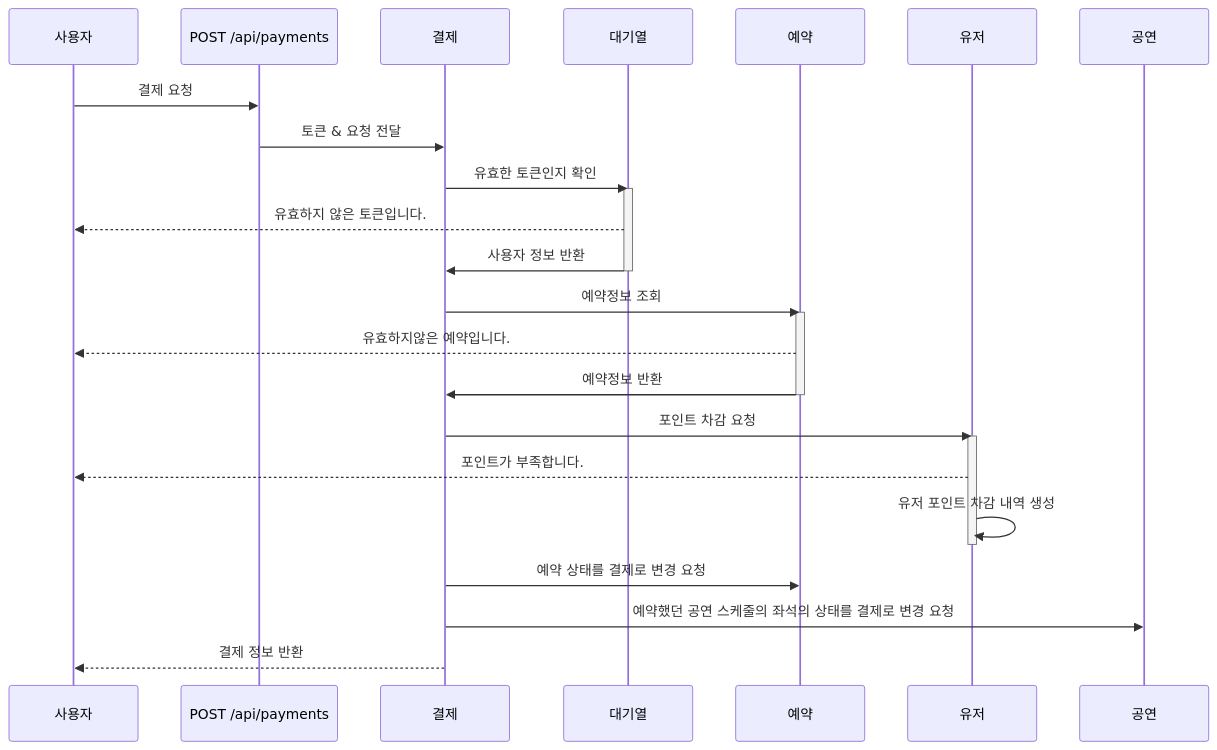
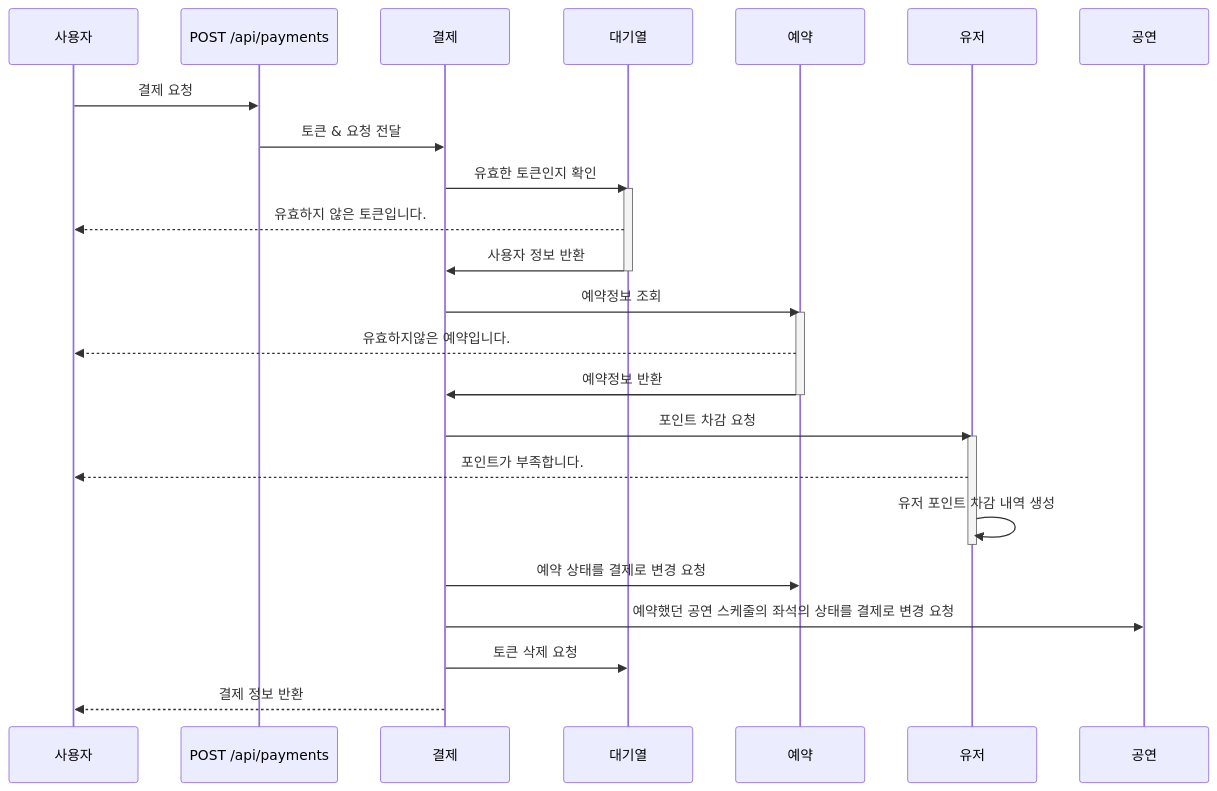
Before and after one commit to Ksanbal/Concert-Reservation-API: the ninth of 13 diagrams in README.md, drawn with Mermaid. The commit also changed other lines of this file, not shown here.

First line of the commit message:
:books:Docs: 목차 & ERD 업데이트

````diff
--- a/README.md
+++ b/README.md
@@ -192,30 +181,31 @@
 ```mermaid
 sequenceDiagram
 
 
 사용자 ->> POST /api/payments: 결제 요청
 POST /api/payments ->> 결제: 토큰 & 요청 전달
 
 결제 ->> 대기열: 유효한 토큰인지 확인
 activate 대기열
 대기열 -->> 사용자: 유효하지 않은 토큰입니다.
 대기열 ->> 결제: 사용자 정보 반환
 deactivate 대기열
 
 결제 ->> 예약: 예약정보 조회
 activate 예약
 예약 -->> 사용자: 유효하지않은 예약입니다.
 예약 ->> 결제: 예약정보 반환
 deactivate 예약
 
 결제 ->> 유저: 포인트 차감 요청
 activate 유저
 유저 -->> 사용자: 포인트가 부족합니다.
 유저 ->> 유저: 유저 포인트 차감 내역 생성
 deactivate 유저
 
 결제 ->> 예약: 예약 상태를 결제로 변경 요청
 
 결제 ->> 공연: 예약했던 공연 스케줄의 좌석의 상태를 결제로 변경 요청
+결제 ->> 대기열: 토큰 삭제 요청
 결제 -->> 사용자: 결제 정보 반환
 ```
````
